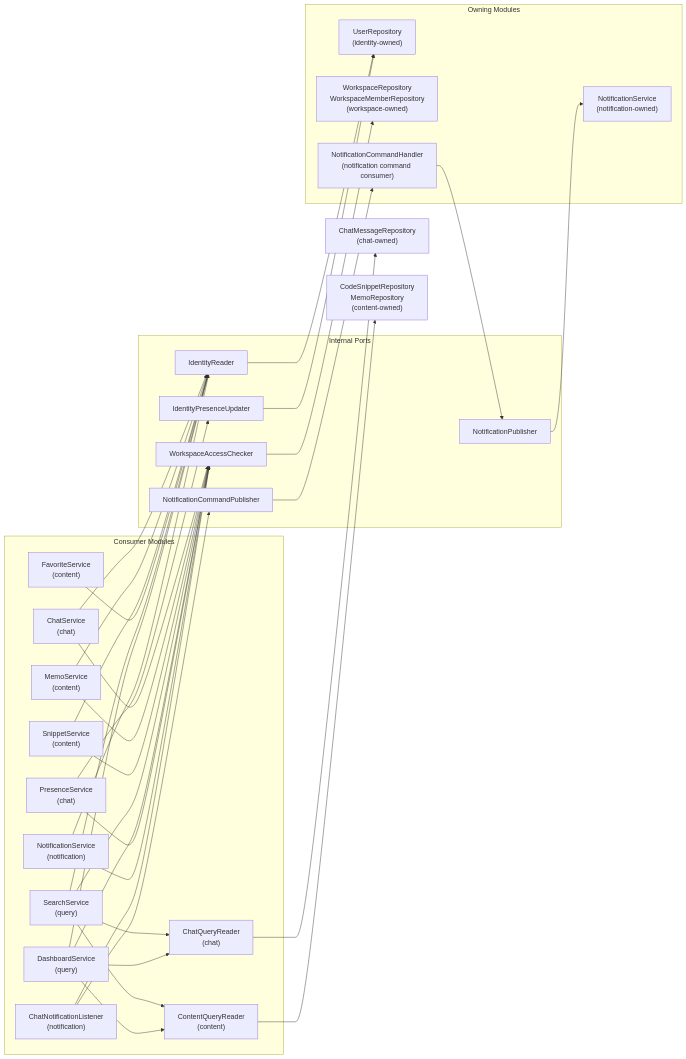
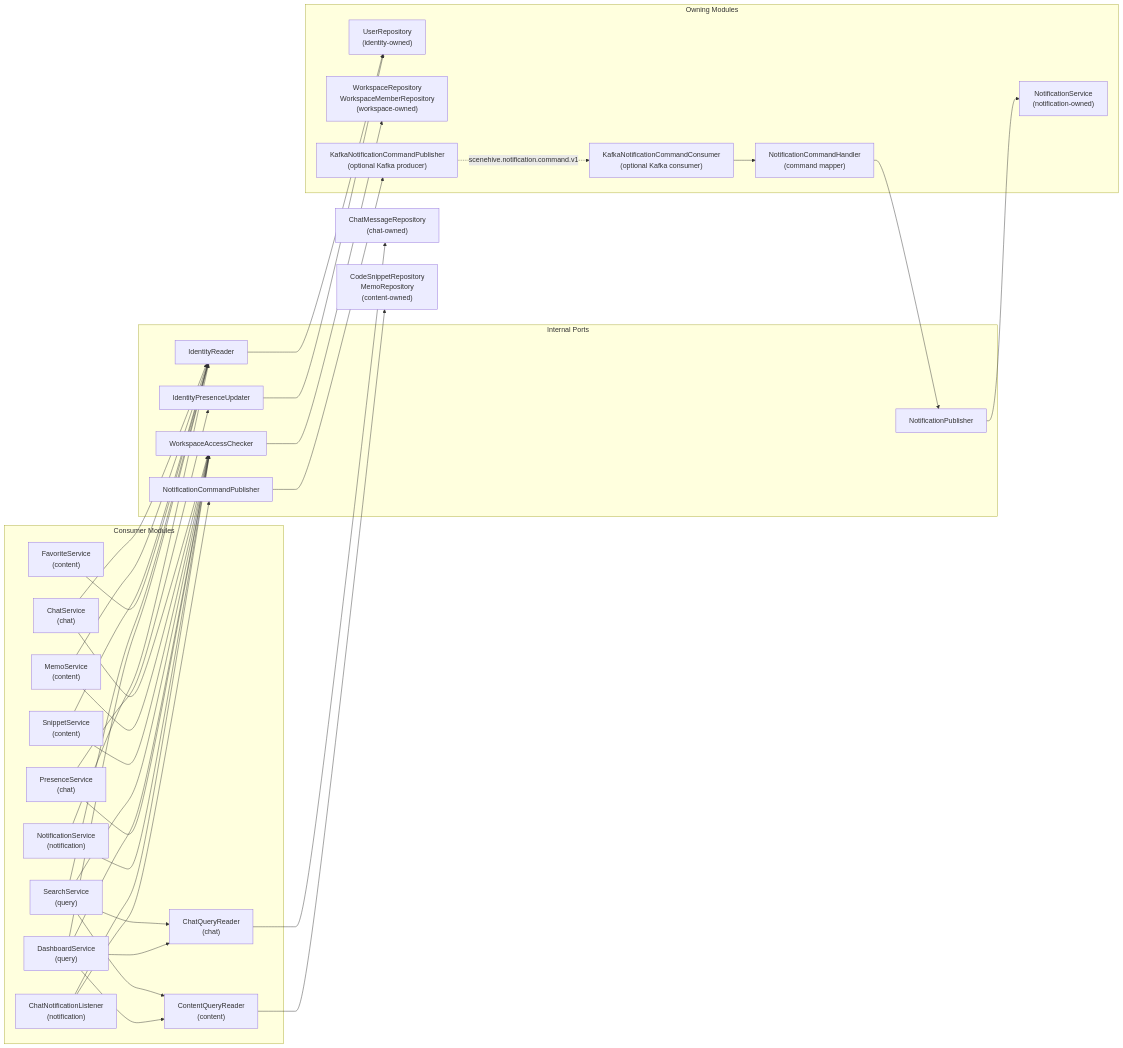
The fifth of 8 diagrams in README.md (jdhert/SceneHive), drawn with Mermaid before and after one commit. The commit also changed other lines of this file and 15 other files, not shown here.

````diff
--- a/README.md
+++ b/README.md
@@ -217,62 +217,66 @@
 ```mermaid
 flowchart LR
     subgraph Consumers["Consumer Modules"]
         ChatService["ChatService\n(chat)"]
         ChatQueryReader["ChatQueryReader\n(chat)"]
         MemoService["MemoService\n(content)"]
         SnippetService["SnippetService\n(content)"]
         ContentQueryReader["ContentQueryReader\n(content)"]
         FavoriteService["FavoriteService\n(content)"]
         SearchService["SearchService\n(query)"]
         DashboardService["DashboardService\n(query)"]
         PresenceService["PresenceService\n(chat)"]
         NotificationService["NotificationService\n(notification)"]
         ChatListener["ChatNotificationListener\n(notification)"]
     end
 
     subgraph Ports["Internal Ports"]
         IdentityReader["IdentityReader"]
         IdentityPresenceUpdater["IdentityPresenceUpdater"]
         WorkspaceAccessChecker["WorkspaceAccessChecker"]
         NotificationCommandPublisher["NotificationCommandPublisher"]
         NotificationPublisher["NotificationPublisher"]
     end
 
     subgraph Owners["Owning Modules"]
         UserRepo["UserRepository\n(identity-owned)"]
         WorkspaceRepos["WorkspaceRepository\nWorkspaceMemberRepository\n(workspace-owned)"]
-        NotificationCommandHandler["NotificationCommandHandler\n(notification command consumer)"]
+        KafkaPublisher["KafkaNotificationCommandPublisher\n(optional Kafka producer)"]
+        KafkaConsumer["KafkaNotificationCommandConsumer\n(optional Kafka consumer)"]
+        NotificationCommandHandler["NotificationCommandHandler\n(command mapper)"]
         NotificationSvc["NotificationService\n(notification-owned)"]
     end
 
     ChatService --> IdentityReader
     ChatService --> WorkspaceAccessChecker
     SearchService --> ChatQueryReader
     DashboardService --> ChatQueryReader
     SearchService --> ContentQueryReader
     DashboardService --> ContentQueryReader
     MemoService --> IdentityReader
     MemoService --> WorkspaceAccessChecker
     SnippetService --> IdentityReader
     SnippetService --> WorkspaceAccessChecker
     FavoriteService --> IdentityReader
     SearchService --> IdentityReader
     SearchService --> WorkspaceAccessChecker
     DashboardService --> IdentityReader
     DashboardService --> WorkspaceAccessChecker
     PresenceService --> IdentityPresenceUpdater
     PresenceService --> WorkspaceAccessChecker
     NotificationService --> IdentityReader
     NotificationService --> WorkspaceAccessChecker
     ChatListener --> WorkspaceAccessChecker
     ChatListener --> NotificationCommandPublisher
 
     IdentityReader --> UserRepo
     IdentityPresenceUpdater --> UserRepo
     ChatQueryReader --> ChatRepos["ChatMessageRepository\n(chat-owned)"]
     ContentQueryReader --> ContentRepos["CodeSnippetRepository\nMemoRepository\n(content-owned)"]
     WorkspaceAccessChecker --> WorkspaceRepos
-    NotificationCommandPublisher --> NotificationCommandHandler
+    NotificationCommandPublisher --> KafkaPublisher
+    KafkaPublisher -. "scenehive.notification.command.v1" .-> KafkaConsumer
+    KafkaConsumer --> NotificationCommandHandler
     NotificationCommandHandler --> NotificationPublisher
     NotificationPublisher --> NotificationSvc
 ```
````
